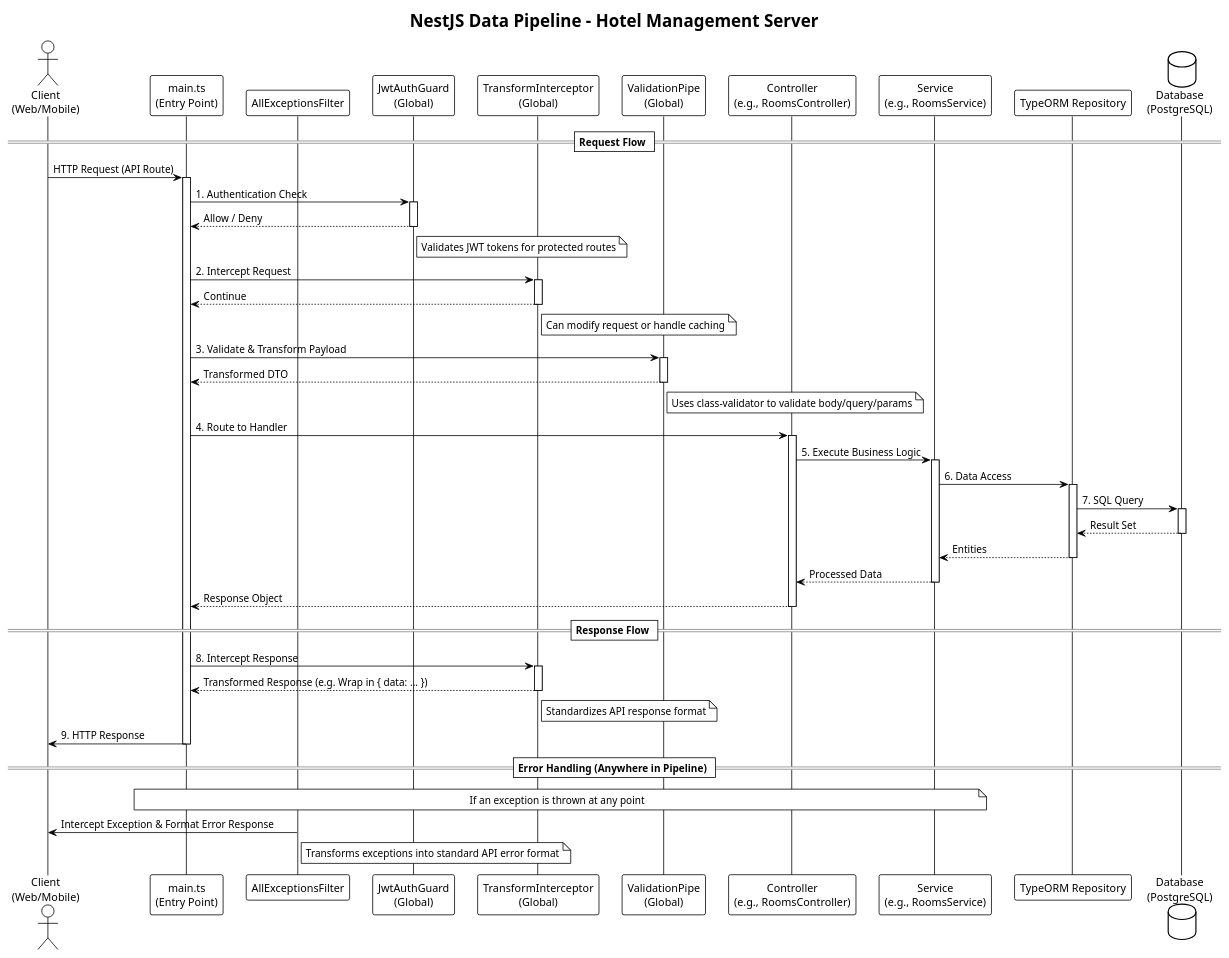
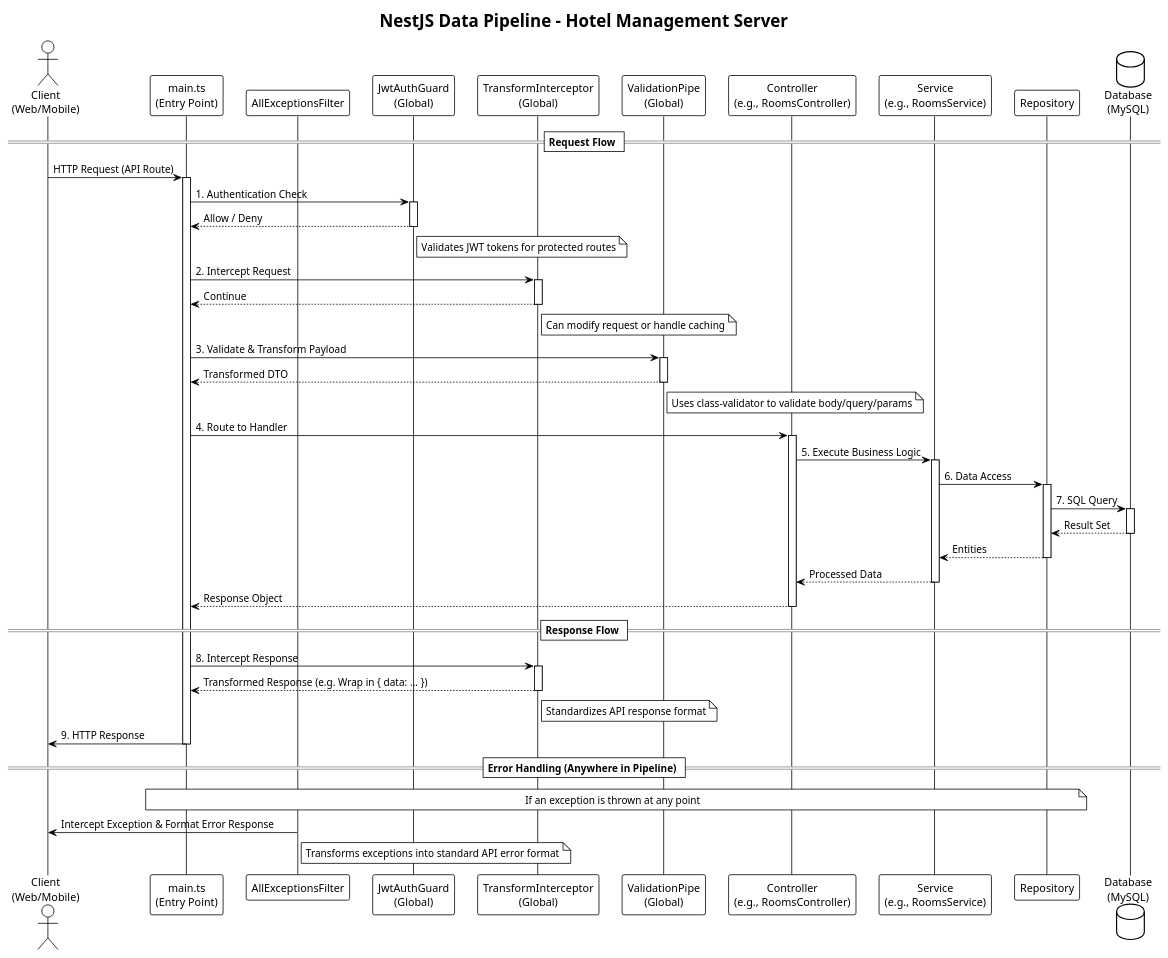
One commit to TriNgoc2077/hotel-management-server changed the diagram in documentation/data-pipeline.puml. Above: the diagram before and after it, drawn with PlantUML. The commit also changed 2 other files, not shown here.

```diff
--- a/documentation/data-pipeline.puml
+++ b/documentation/data-pipeline.puml
@@ -1,80 +1,80 @@
 @startuml data-pipeline
 !theme plain
 skinparam responseMessageBelowArrow true
 
 title NestJS Data Pipeline - Hotel Management Server
 
 actor "Client\n(Web/Mobile)" as Client
 participant "main.ts\n(Entry Point)" as Main
 participant "AllExceptionsFilter" as Filter
 participant "JwtAuthGuard\n(Global)" as AuthGuard
 participant "TransformInterceptor\n(Global)" as Interceptor
 participant "ValidationPipe\n(Global)" as Pipe
 participant "Controller\n(e.g., RoomsController)" as Controller
 participant "Service\n(e.g., RoomsService)" as Service
-participant "TypeORM Repository" as Repository
-database "Database\n(PostgreSQL)" as DB
+participant "Repository" as Repository
+database "Database\n(MySQL)" as DB
 
 == Request Flow ==
 
 Client -> Main : HTTP Request (API Route)
 activate Main
 
 Main -> AuthGuard : 1. Authentication Check
 activate AuthGuard
 AuthGuard --> Main : Allow / Deny
 deactivate AuthGuard
 note right of AuthGuard: Validates JWT tokens for protected routes
 
 Main -> Interceptor : 2. Intercept Request
 activate Interceptor
 Interceptor --> Main : Continue
 deactivate Interceptor
 note right of Interceptor: Can modify request or handle caching
 
 Main -> Pipe : 3. Validate & Transform Payload
 activate Pipe
 Pipe --> Main : Transformed DTO
 deactivate Pipe
 note right of Pipe: Uses class-validator to validate body/query/params
 
 Main -> Controller : 4. Route to Handler
 activate Controller
 
 Controller -> Service : 5. Execute Business Logic
 activate Service
 
 Service -> Repository : 6. Data Access
 activate Repository
 
 Repository -> DB : 7. SQL Query
 activate DB
 DB --> Repository : Result Set
 deactivate DB
 
 Repository --> Service : Entities
 deactivate Repository
 
 Service --> Controller : Processed Data
 deactivate Service
 
 Controller --> Main : Response Object
 deactivate Controller
 
 == Response Flow ==
 
 Main -> Interceptor : 8. Intercept Response
 activate Interceptor
 Interceptor --> Main : Transformed Response (e.g. Wrap in { data: ... })
 deactivate Interceptor
 note right of Interceptor: Standardizes API response format
 
 Main -> Client : 9. HTTP Response
 deactivate Main
 
 == Error Handling (Anywhere in Pipeline) ==
-note over Main, Service: If an exception is thrown at any point
+note over Main, Repository: If an exception is thrown at any point
 
 Filter -> Client : Intercept Exception & Format Error Response
 note right of Filter: Transforms exceptions into standard API error format
 @enduml
```
